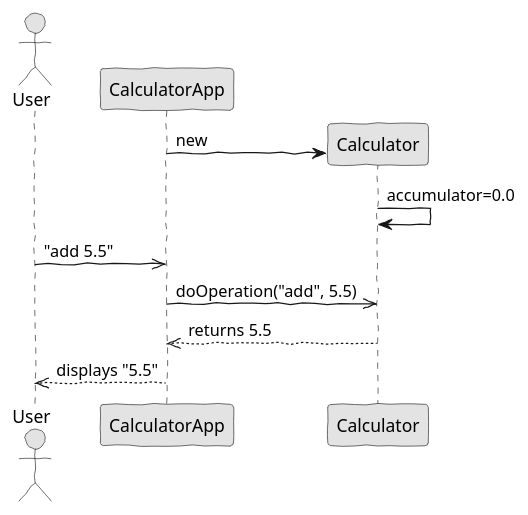
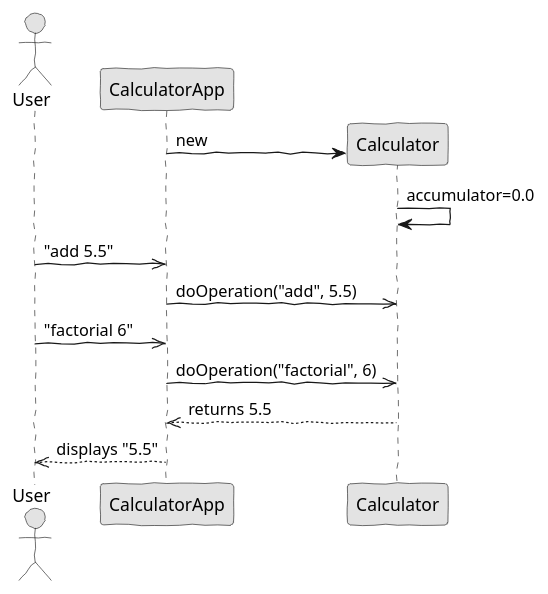
Before and after one commit to jorgoncalves/ISEP.ODSOFT.202122: the diagram in odsoft/exercise1/calculator/src/main/puml/com/twu/calculator/sequence-diagram.puml, drawn with PlantUML. The commit also changed 2 other files, not shown here.

Commit message:
added factorial operator

```diff
--- a/odsoft/exercise1/calculator/src/main/puml/com/twu/calculator/sequence-diagram.puml
+++ b/odsoft/exercise1/calculator/src/main/puml/com/twu/calculator/sequence-diagram.puml
@@ -1,22 +1,24 @@
 @startuml class-diagram.png
 skinparam handwritten true
 skinparam monochrome true
 skinparam packageStyle rect
 skinparam defaultFontName FG Virgil
 skinparam shadowing false
 
 actor User
 participant CalculatorApp
 participant Calculator
 
 create Calculator
 CalculatorApp -> Calculator : new
 Calculator -> Calculator : accumulator=0.0
 
 User ->> CalculatorApp : "add 5.5"
 CalculatorApp ->> Calculator : doOperation("add", 5.5)
+User ->> CalculatorApp : "factorial 6"
+CalculatorApp ->> Calculator : doOperation("factorial", 6)
 CalculatorApp <<-- Calculator : returns 5.5
 User <<-- CalculatorApp : displays "5.5"
 
 
 @enduml
```
